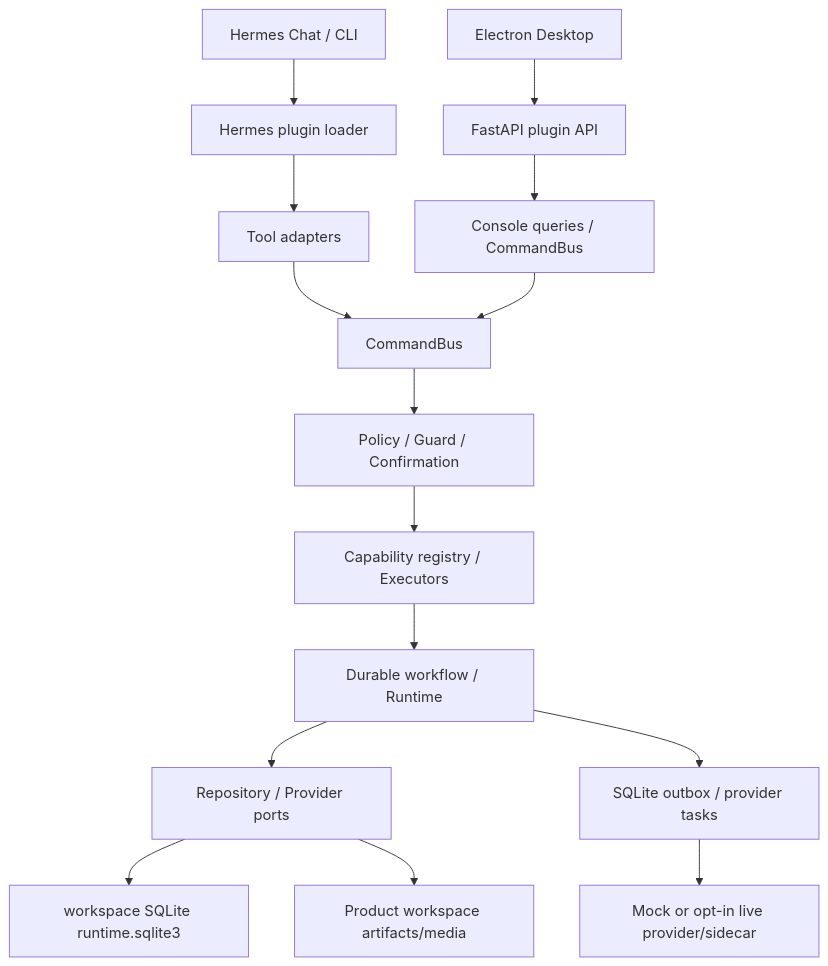
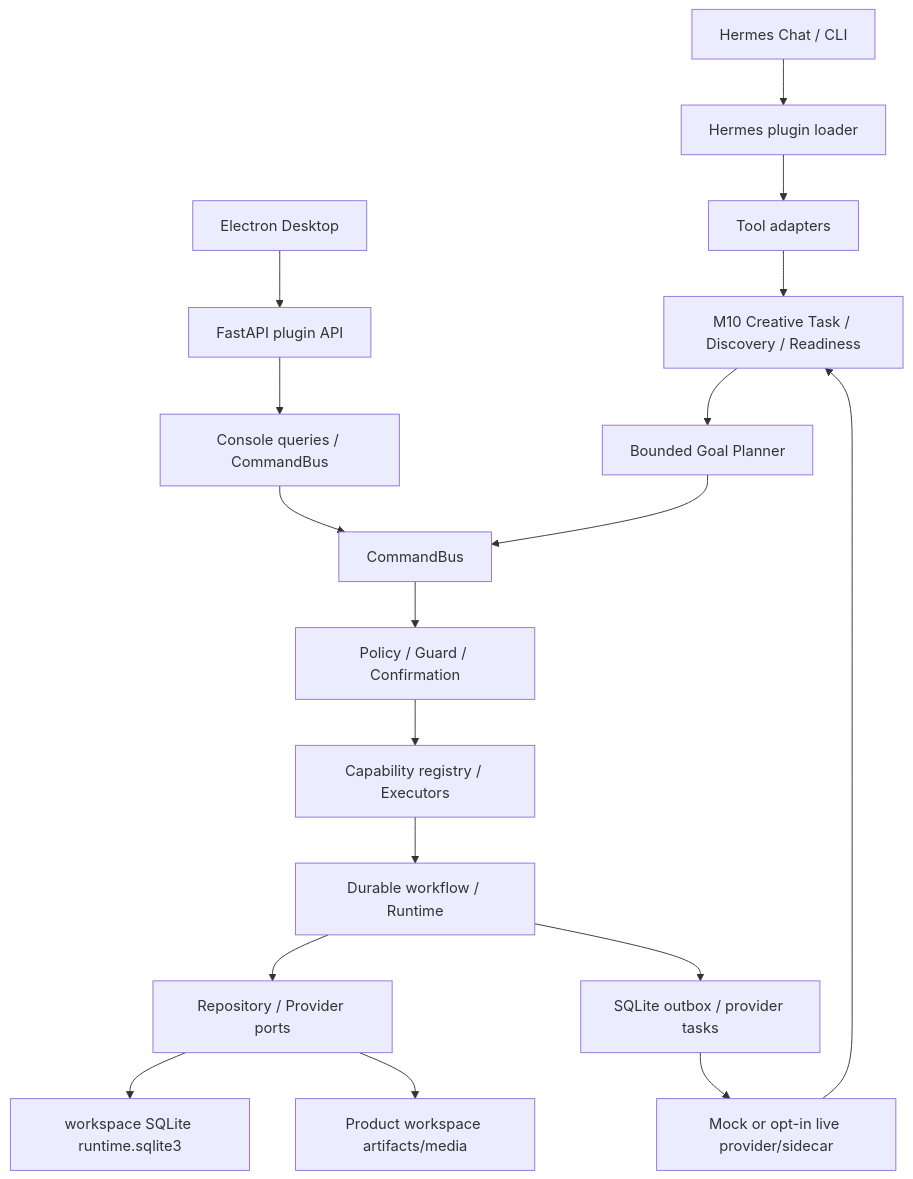
One commit to cynic12138/hermes-agent changed the diagram in docs/ARCHITECTURE_CURRENT.md. Above: the diagram before and after it, drawn with Mermaid. The commit also changed other lines of this file and 31 other files, not shown here.

````diff
--- a/docs/ARCHITECTURE_CURRENT.md
+++ b/docs/ARCHITECTURE_CURRENT.md
@@ -9,17 +10,20 @@
 ```mermaid
 flowchart TB
   Chat["Hermes Chat / CLI"] --> Loader["Hermes plugin loader"]
   Desktop["Electron Desktop"] --> API["FastAPI plugin API"]
   Loader --> Adapter["Tool adapters"]
   API --> Query["Console queries / CommandBus"]
-  Adapter --> Bus["CommandBus"]
+  Adapter --> Task["M10 Creative Task / Discovery / Readiness"]
+  Task --> Planner["Bounded Goal Planner"]
+  Planner --> Bus["CommandBus"]
   Query --> Bus
   Bus --> Guard["Policy / Guard / Confirmation"]
   Guard --> Registry["Capability registry / Executors"]
   Registry --> Runtime["Durable workflow / Runtime"]
   Runtime --> Ports["Repository / Provider ports"]
   Ports --> DB["workspace SQLite runtime.sqlite3"]
   Ports --> Files["Product workspace artifacts/media"]
   Runtime --> Outbox["SQLite outbox / provider tasks"]
   Outbox --> Provider["Mock or opt-in live provider/sidecar"]
+  Provider --> Task
 ```
````
